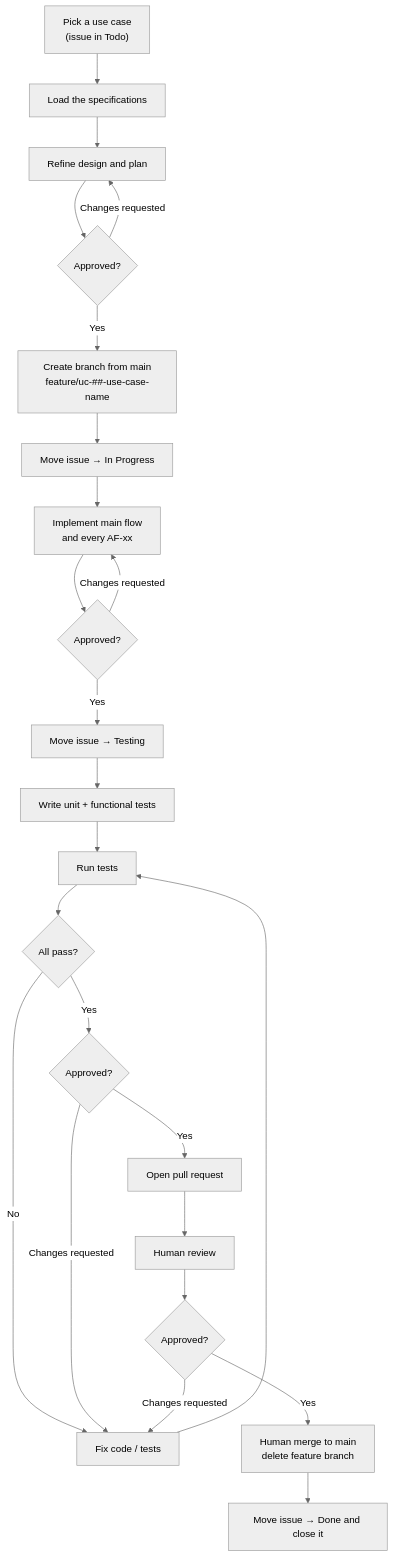
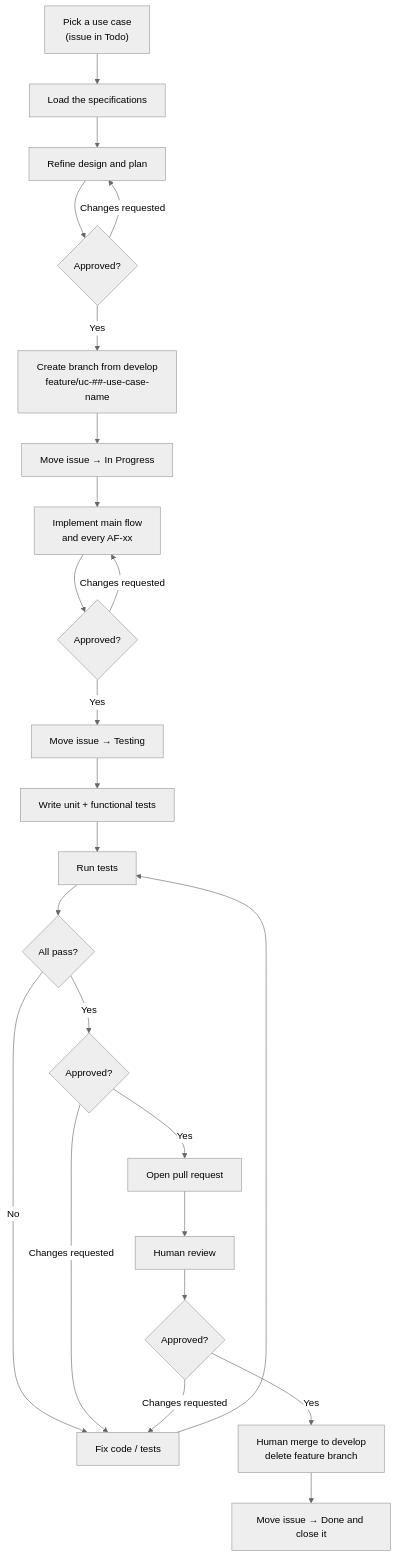
One commit to artur-rios/fortuna-api changed the diagram in docs/requirements/Development Workflow Document.md. Above: the diagram before and after it, drawn with Mermaid (neutral theme). The commit also changed other lines of this file and 5 other files, not shown here.

````diff
--- a/docs/requirements/Development Workflow Document.md
+++ b/docs/requirements/Development Workflow Document.md
@@ -25,26 +25,26 @@
 ```mermaid
 flowchart TD
     A["Pick a use case<br/>(issue in Todo)"] --> A2["Load the specifications"]
     A2 --> A3["Refine design and plan"]
     A3 --> A4{Approved?}
     A4 -->|Changes requested| A3
-    A4 -->|Yes| B["Create branch from main<br/>feature/uc-##-use-case-name"]
+    A4 -->|Yes| B["Create branch from develop<br/>feature/uc-##-use-case-name"]
     B --> C["Move issue → In Progress"]
     C --> D["Implement main flow<br/>and every AF-xx"]
     D --> D2{Approved?}
     D2 -->|Changes requested| D
     D2 -->|Yes| E["Move issue → Testing"]
     E --> F["Write unit + functional tests"]
     F --> G["Run tests"]
     G --> H{All pass?}
     H -->|No| I["Fix code / tests"]
     I --> G
     H -->|Yes| H2{Approved?}
     H2 -->|Changes requested| I
     H2 -->|Yes| J["Open pull request"]
     J --> K["Human review"]
     K --> L{Approved?}
     L -->|Changes requested| I
-    L -->|Yes| M["Human merge to main<br/>delete feature branch"]
+    L -->|Yes| M["Human merge to develop<br/>delete feature branch"]
     M --> N["Move issue → Done and close it"]
 ```
````
